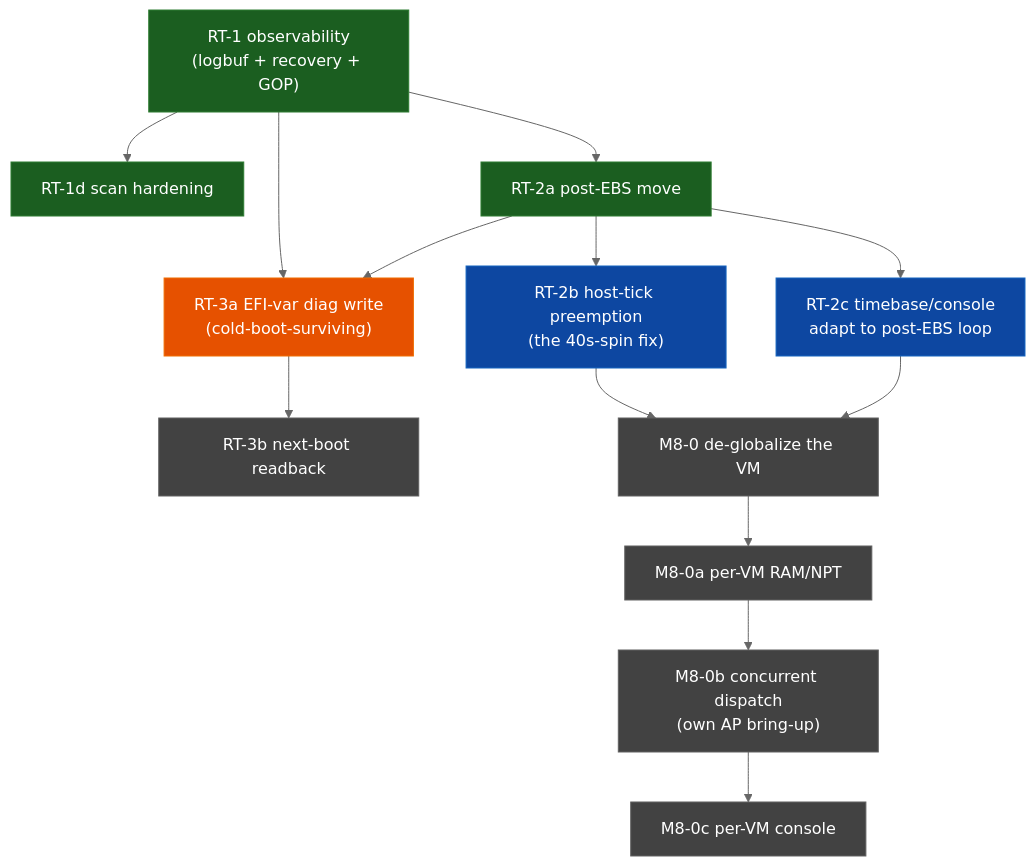
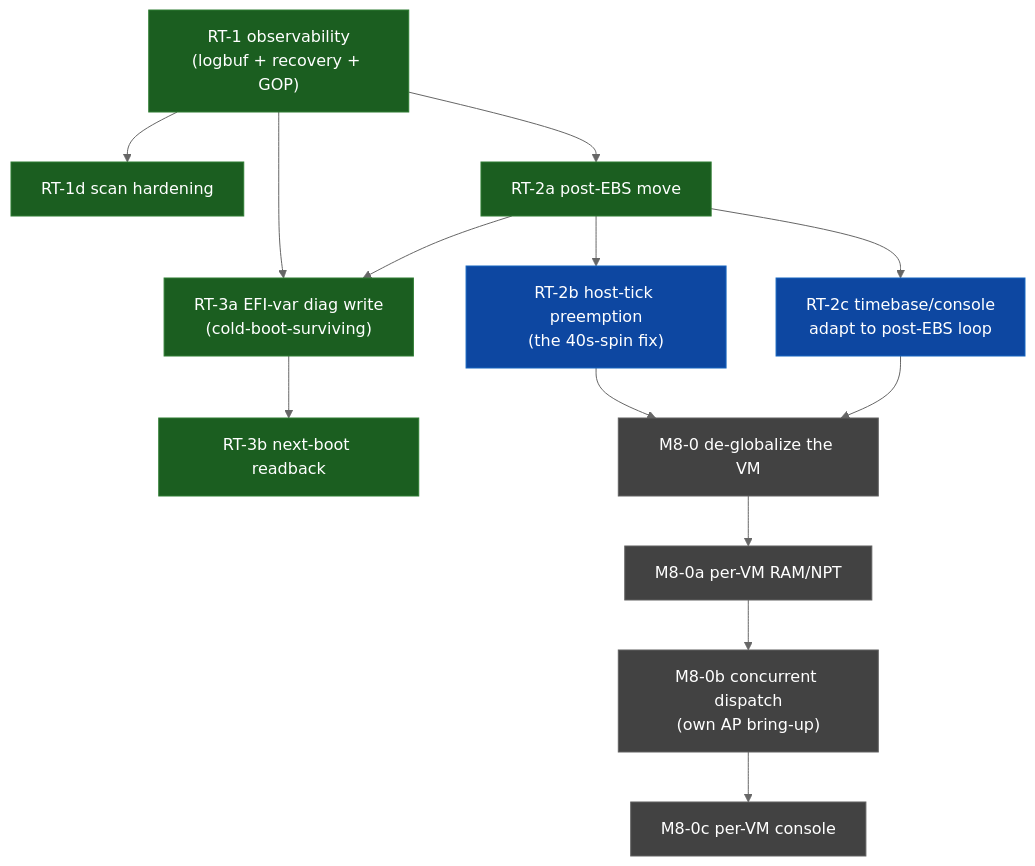
Before and after one commit to bizzehdee/hype: the diagram in task.md, drawn with Mermaid (neutral theme). The commit also changed other lines of this file and 6 other files, not shown here.

````diff
--- a/task.md
+++ b/task.md
@@ -28,30 +28,30 @@
 ```mermaid
 flowchart TD
     RT1["RT-1 observability<br/>(logbuf + recovery + GOP)"]:::done
     RT1d["RT-1d scan hardening"]:::done
     RT2a["RT-2a post-EBS move"]:::done
     RT2b["RT-2b host-tick preemption<br/>(the 40s-spin fix)"]:::ready
     RT2c["RT-2c timebase/console<br/>adapt to post-EBS loop"]:::ready
-    RT3a["RT-3a EFI-var diag write<br/>(cold-boot-surviving)"]:::active
-    RT3b["RT-3b next-boot readback"]:::blocked
+    RT3a["RT-3a EFI-var diag write<br/>(cold-boot-surviving)"]:::done
+    RT3b["RT-3b next-boot readback"]:::done
     M80["M8-0 de-globalize the VM"]:::blocked
     M80a["M8-0a per-VM RAM/NPT"]:::blocked
     M80b["M8-0b concurrent dispatch<br/>(own AP bring-up)"]:::blocked
     M80c["M8-0c per-VM console"]:::blocked
 
     RT1 --> RT1d
     RT1 --> RT2a
     RT2a --> RT2b
     RT2a --> RT2c
     RT1 --> RT3a
     RT2a --> RT3a
     RT3a --> RT3b
     RT2b --> M80
     RT2c --> M80
     M80 --> M80a --> M80b --> M80c
 
     classDef done fill:#1b5e20,stroke:#2e7d32,color:#fff;
     classDef active fill:#e65100,stroke:#ef6c00,color:#fff;
     classDef ready fill:#0d47a1,stroke:#1565c0,color:#fff;
     classDef blocked fill:#424242,stroke:#616161,color:#fff;
 ```
````
